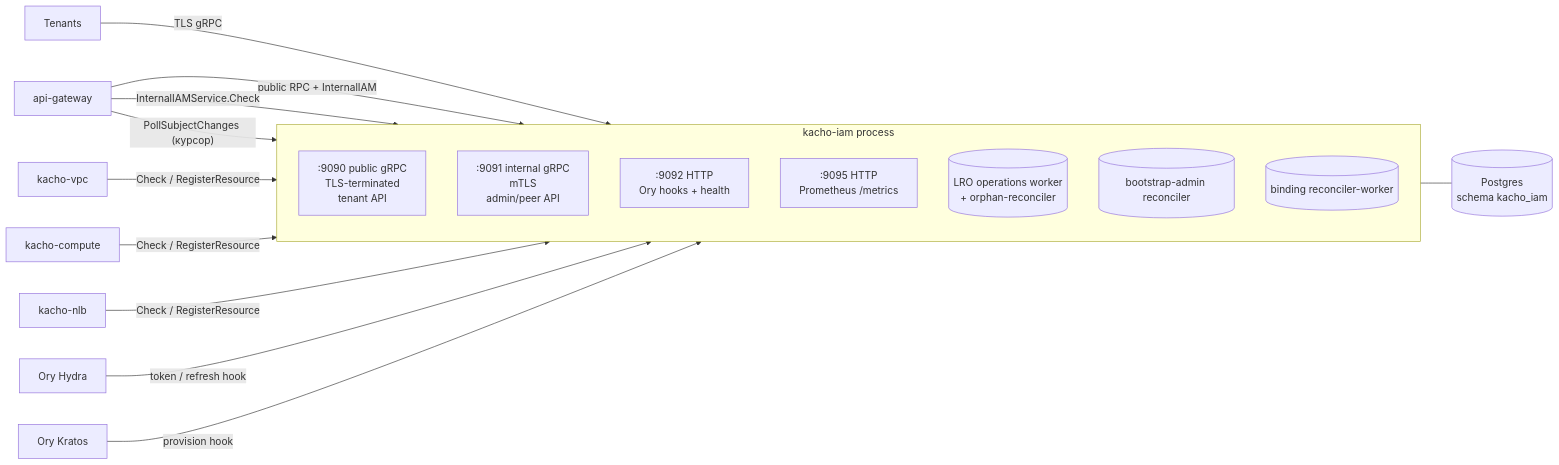
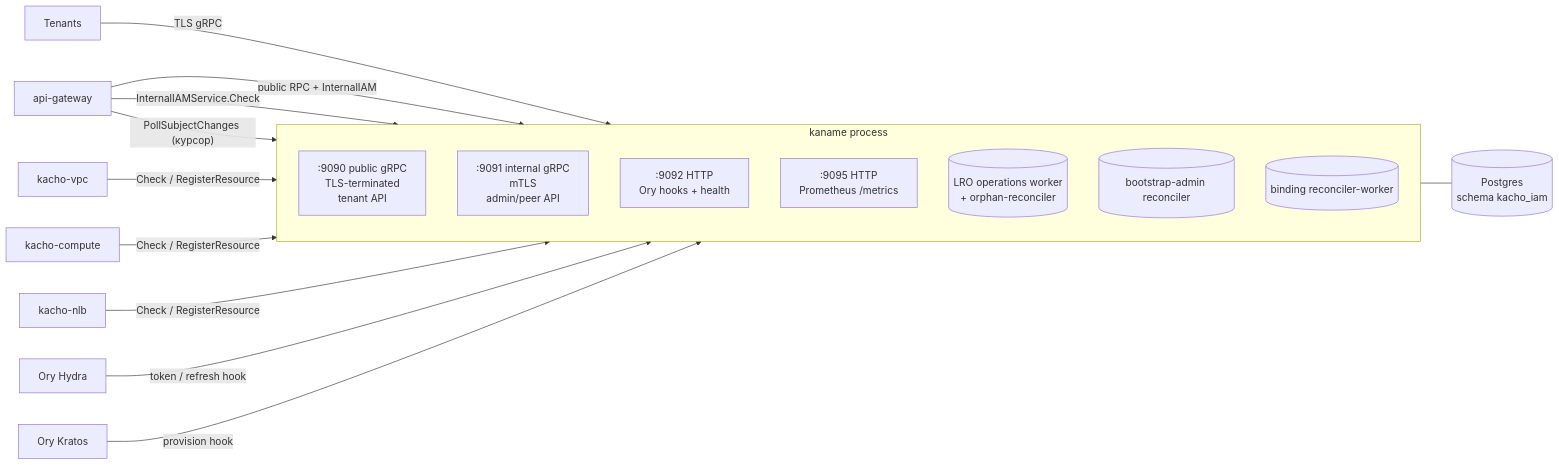
The first of 3 diagrams in services/iam/docs/engineering/components/00-overview.md (PRO-Robotech/kacho), drawn with Mermaid before and after one commit. The commit also changed other lines of this file and 1011 other files, not shown here.

````diff
--- a/services/iam/docs/engineering/components/00-overview.md
+++ b/services/iam/docs/engineering/components/00-overview.md
@@ -73,27 +73,27 @@
 ```mermaid
 flowchart LR
-    subgraph iam[kacho-iam process]
+    subgraph iam[kaname process]
         direction TB
         gRPCpub[":9090 public gRPC<br/>TLS-terminated<br/>tenant API"]
         gRPCint[":9091 internal gRPC<br/>mTLS<br/>admin/peer API"]
         hooks[":9092 HTTP<br/>Ory hooks + health"]
         metrics[":9095 HTTP<br/>Prometheus /metrics"]
 
         lro[(LRO operations worker<br/>+ orphan-reconciler)]
         bootDr[(bootstrap-admin reconciler)]
         rsab[(binding reconciler-worker)]
     end
 
     Tenants -- TLS gRPC --> gRPCpub
     APIGW[api-gateway] -- public RPC + InternalIAM --> gRPCpub
     APIGW -- InternalIAMService.Check --> gRPCint
     APIGW -- PollSubjectChanges (курсор) --> gRPCint
     VPC[kacho-vpc] -- Check / RegisterResource --> gRPCint
     Compute[kacho-compute] -- Check / RegisterResource --> gRPCint
     NLB[kacho-nlb] -- Check / RegisterResource --> gRPCint
 
     Hydra[Ory Hydra] -- token / refresh hook --> hooks
     Kratos[Ory Kratos] -- provision hook --> hooks
 
     iam --- Postgres[("Postgres<br/>schema kacho_iam")]
 ```
````
